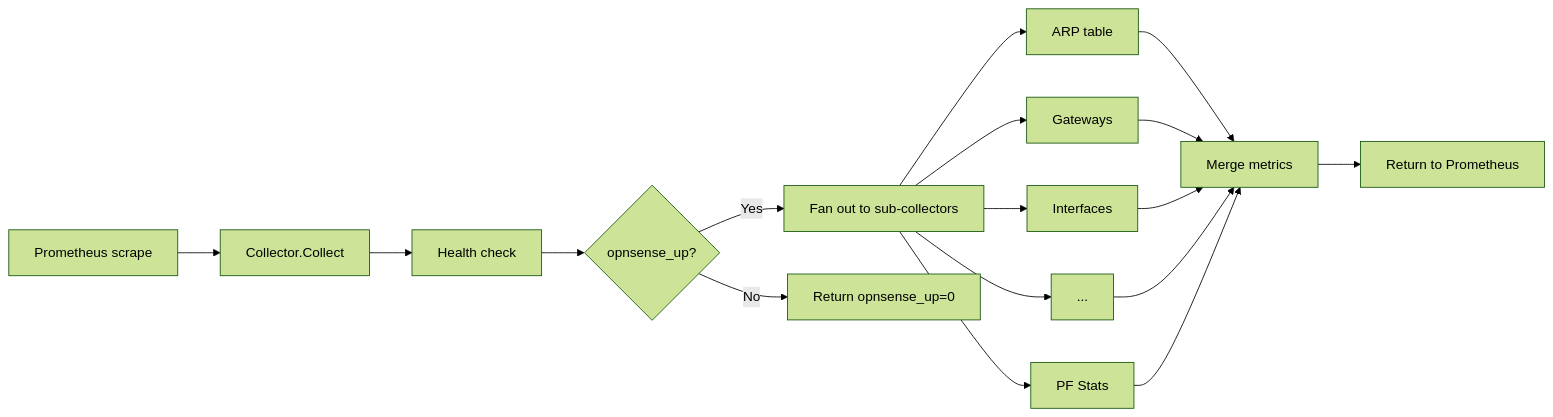
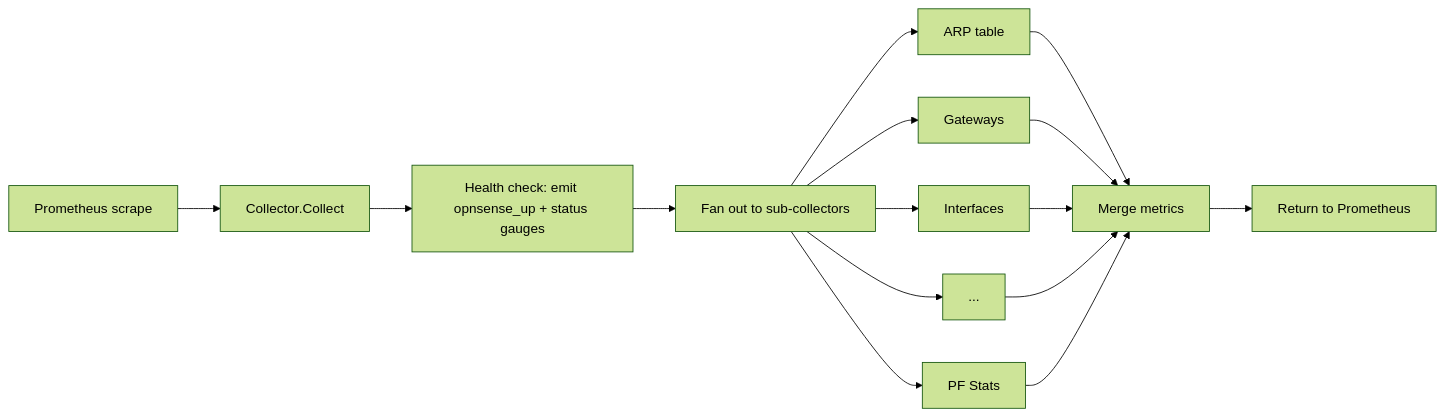
One commit to rknightion/opnsense-exporter changed the diagram in docs/collectors/index.md. Above: the diagram before and after it, drawn with Mermaid (forest theme). The commit also changed other lines of this file and 20 other files, not shown here.

````diff
--- a/docs/collectors/index.md
+++ b/docs/collectors/index.md
@@ -15,19 +15,17 @@
 ```mermaid
 graph LR
     A[Prometheus scrape] --> B[Collector.Collect]
-    B --> C[Health check]
-    C --> D{opnsense_up?}
-    D -->|Yes| E[Fan out to sub-collectors]
-    D -->|No| F[Return opnsense_up=0]
+    B --> C[Health check: emit opnsense_up + status gauges]
+    C --> E[Fan out to sub-collectors]
     E --> G1[ARP table]
     E --> G2[Gateways]
     E --> G3[Interfaces]
     E --> G4[...]
     E --> G5[PF Stats]
     G1 --> H[Merge metrics]
     G2 --> H
     G3 --> H
     G4 --> H
     G5 --> H
     H --> I[Return to Prometheus]
 ```
````
